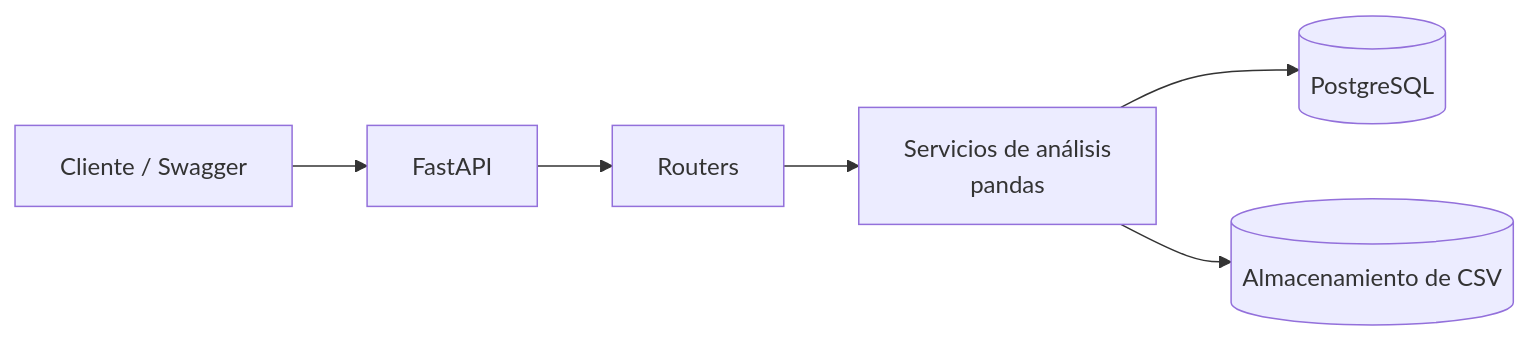
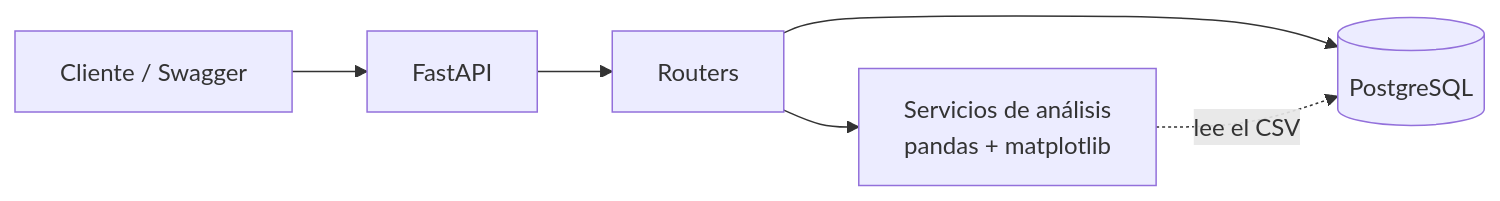
The diagram in README.md (jro51/datalens-api), drawn with Mermaid before and after one commit. The commit also changed other lines of this file and 19 other files, not shown here.

````diff
--- a/README.md
+++ b/README.md
@@ -53,8 +56,8 @@
 ```mermaid
 flowchart LR
     Client[Cliente / Swagger] --> API[FastAPI]
     API --> Routers[Routers]
-    Routers --> Services[Servicios de análisis<br/>pandas]
-    Services --> DB[(PostgreSQL)]
-    Services --> Files[(Almacenamiento de CSV)]
+    Routers --> Services[Servicios de análisis<br/>pandas + matplotlib]
+    Routers --> DB[(PostgreSQL)]
+    Services -. lee el CSV .-> DB
 ```
````
